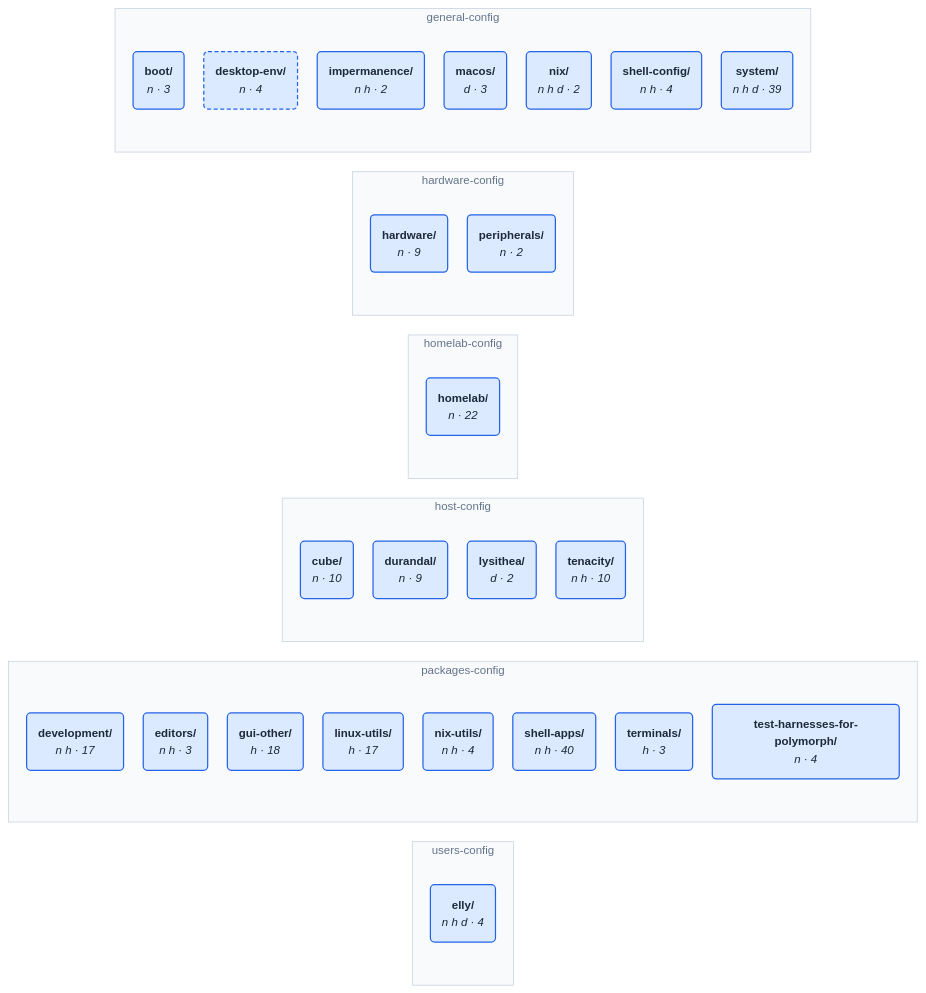
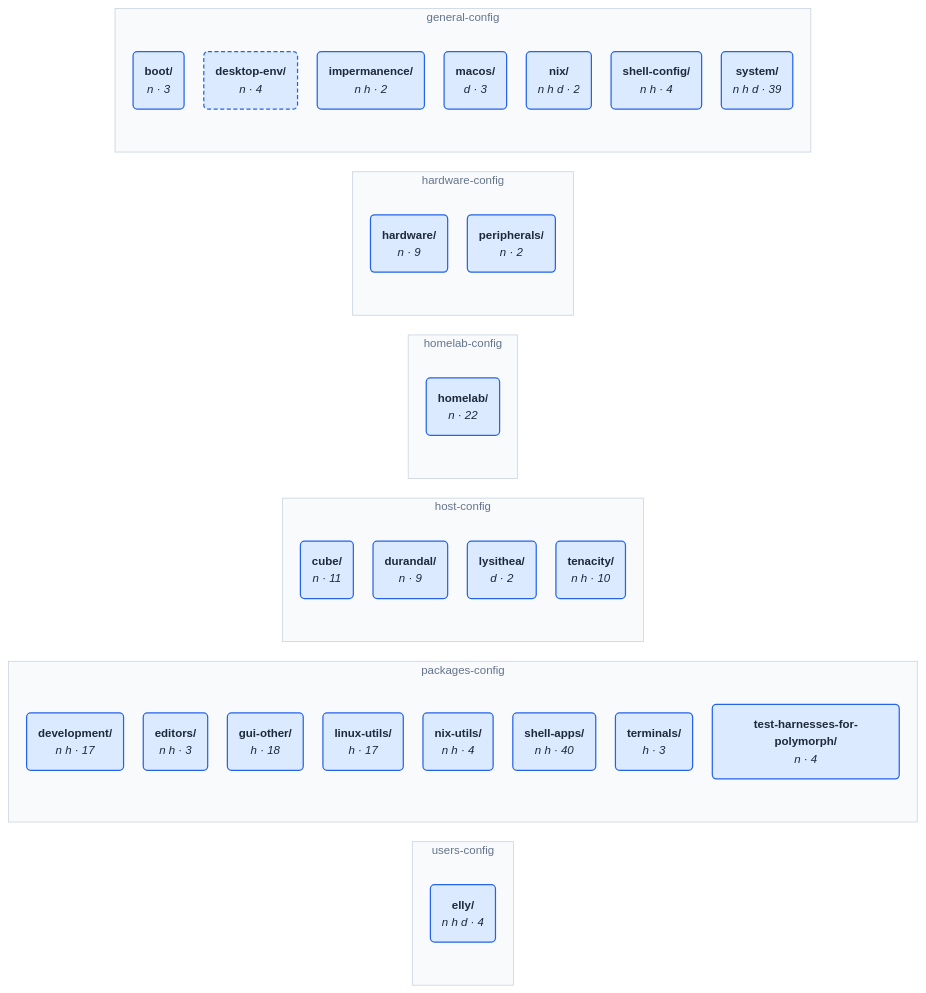
One commit to NireBryce/nixos-configs changed the diagram in wiki/config-structure/architecture.md. Above: the diagram before and after it, drawn with Mermaid. The commit also changed 3 other files, not shown here.

````diff
--- a/wiki/config-structure/architecture.md
+++ b/wiki/config-structure/architecture.md
@@ -98,55 +98,55 @@
 ```mermaid
 %%{init: {"theme": "base", "themeVariables": {"fontFamily": "ui-sans-serif, system-ui, sans-serif", "fontSize": "14px", "lineColor": "#94a3b8"}, "flowchart": {"curve": "basis", "nodeSpacing": 24, "rankSpacing": 80, "padding": 14}}}%%
 flowchart LR
     subgraph g0["users-config"]
         n28("<b>elly/</b><br/><i>n h d · 4</i>")
     end
     subgraph g1["packages-config"]
         n20("<b>development/</b><br/><i>n h · 17</i>")
         n21("<b>editors/</b><br/><i>n h · 3</i>")
         n22("<b>gui-other/</b><br/><i>h · 18</i>")
         n23("<b>linux-utils/</b><br/><i>h · 17</i>")
         n24("<b>nix-utils/</b><br/><i>n h · 4</i>")
         n25("<b>shell-apps/</b><br/><i>n h · 40</i>")
         n26("<b>terminals/</b><br/><i>h · 3</i>")
         n27("<b>test-harnesses-for-polymorph/</b><br/><i>n · 4</i>")
     end
     subgraph g2["host-config"]
-        n16("<b>cube/</b><br/><i>n · 10</i>")
+        n16("<b>cube/</b><br/><i>n · 11</i>")
         n17("<b>durandal/</b><br/><i>n · 9</i>")
         n18("<b>lysithea/</b><br/><i>d · 2</i>")
         n19("<b>tenacity/</b><br/><i>n h · 10</i>")
     end
     subgraph g3["homelab-config"]
         n15("<b>homelab/</b><br/><i>n · 22</i>")
     end
     subgraph g4["hardware-config"]
         n13("<b>hardware/</b><br/><i>n · 9</i>")
         n14("<b>peripherals/</b><br/><i>n · 2</i>")
     end
     subgraph g5["general-config"]
         n6("<b>boot/</b><br/><i>n · 3</i>")
         n7("<b>desktop-env/</b><br/><i>n · 4</i>")
         n8("<b>impermanence/</b><br/><i>n h · 2</i>")
         n9("<b>macos/</b><br/><i>d · 3</i>")
         n10("<b>nix/</b><br/><i>n h d · 2</i>")
         n11("<b>shell-config/</b><br/><i>n h · 4</i>")
         n12("<b>system/</b><br/><i>n h d · 39</i>")
     end
     style g0 fill:#f8fafc,stroke:#cbd5e1,color:#64748b
     style g1 fill:#f8fafc,stroke:#cbd5e1,color:#64748b
     style g2 fill:#f8fafc,stroke:#cbd5e1,color:#64748b
     style g3 fill:#f8fafc,stroke:#cbd5e1,color:#64748b
     style g4 fill:#f8fafc,stroke:#cbd5e1,color:#64748b
     style g5 fill:#f8fafc,stroke:#cbd5e1,color:#64748b
     classDef area fill:#f8fafc,stroke:#cbd5e1,color:#1e293b,stroke-width:1.5px
     classDef category fill:#dbeafe,stroke:#2563eb,color:#1e293b,stroke-width:1.5px
     classDef folder fill:#f1f5f9,stroke:#94a3b8,color:#1e293b,stroke-width:1.5px
     classDef module fill:#ffffff,stroke:#94a3b8,color:#1e293b,stroke-width:1.5px
     classDef aggregate fill:#ffffff,stroke:#f59e0b,color:#1e293b,stroke-width:1.5px
     classDef missing fill:#fee2e2,stroke:#ef4444,color:#1e293b,stroke-width:1.5px
     classDef orphan fill:#fff1f2,stroke:#e11d48,color:#1e293b,stroke-width:2.5px
     classDef bymodule stroke-dasharray:5 3
     class n6,n7,n8,n9,n10,n11,n12,n13,n14,n15,n16,n17,n18,n19,n20,n21,n22,n23,n24,n25,n26,n27,n28 category
     class n7 bymodule
 ```
````
